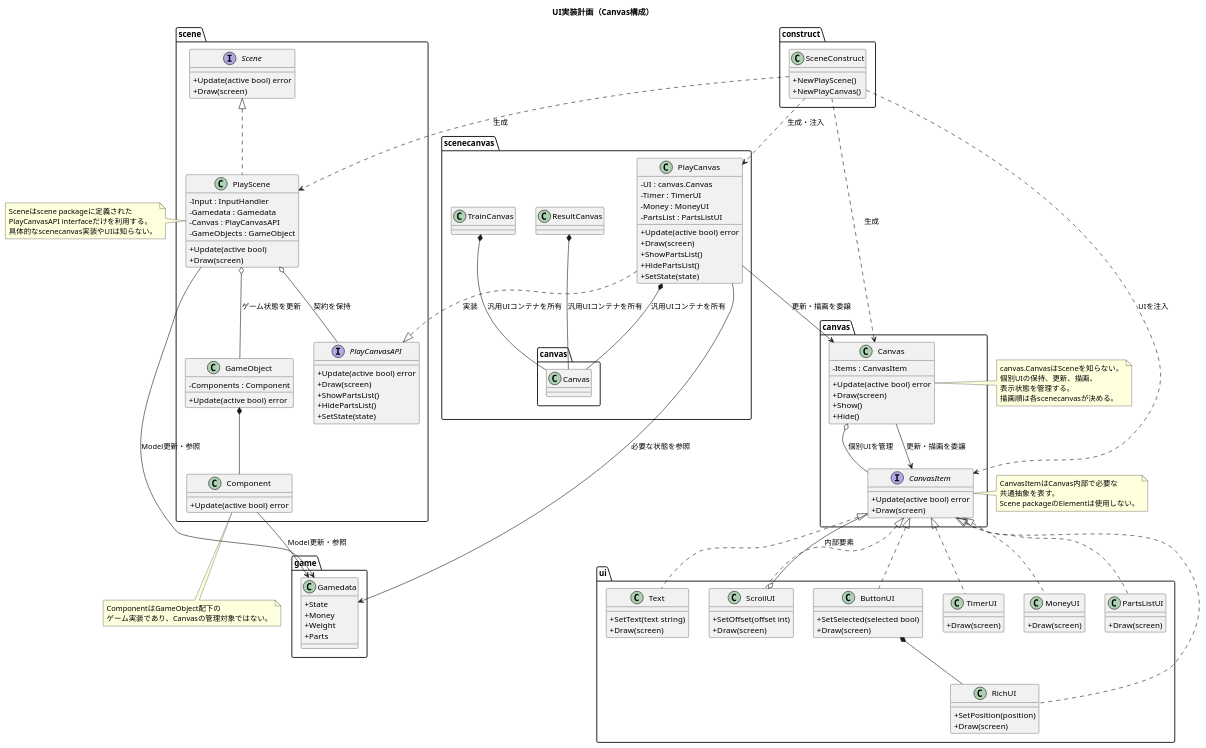
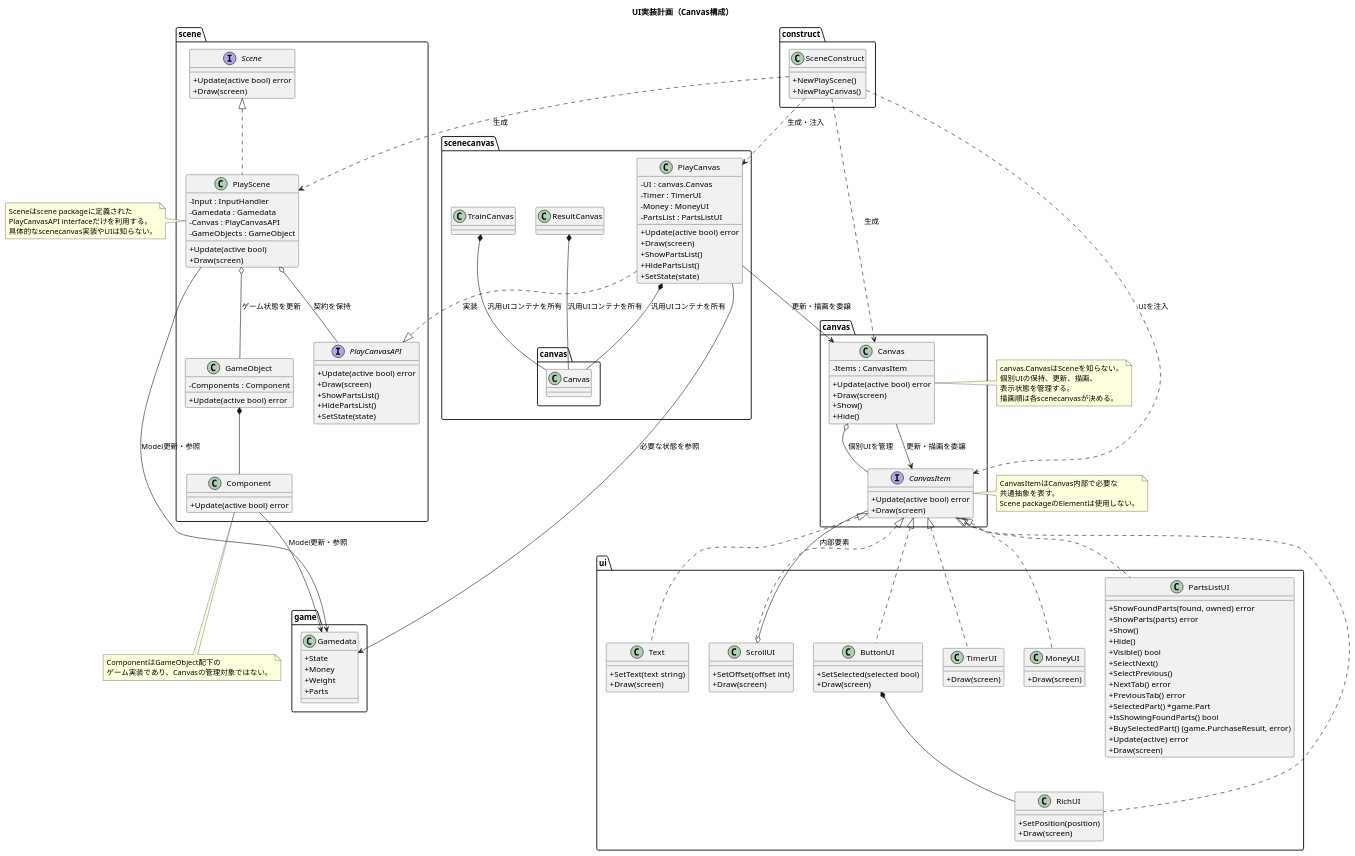
One commit to kmc-jp/Gamedev_Tempura-of-p--Phenylazo-phenol changed the diagram in Docs/UIRefactoring/UI_architecture_class_diagram.puml. Above: the diagram before and after it, drawn with PlantUML. The commit also changed 7 other files, not shown here.

```diff
--- a/Docs/UIRefactoring/UI_architecture_class_diagram.puml
+++ b/Docs/UIRefactoring/UI_architecture_class_diagram.puml
@@ -131,6 +131,19 @@
     }
 
     class PartsListUI {
+        +ShowFoundParts(found, owned) error
+        +ShowParts(parts) error
+        +Show()
+        +Hide()
+        +Visible() bool
+        +SelectNext()
+        +SelectPrevious()
+        +NextTab() error
+        +PreviousTab() error
+        +SelectedPart() *game.Part
+        +IsShowingFoundParts() bool
+        +BuySelectedPart() (game.PurchaseResult, error)
+        +Update(active) error
         +Draw(screen)
     }
 
```
